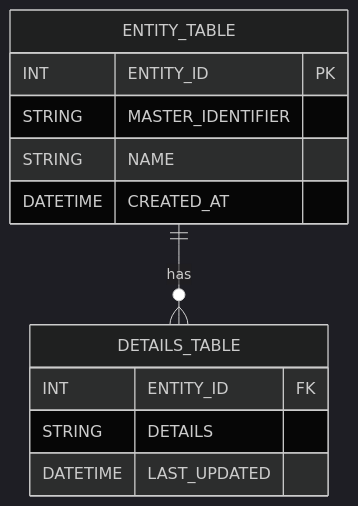
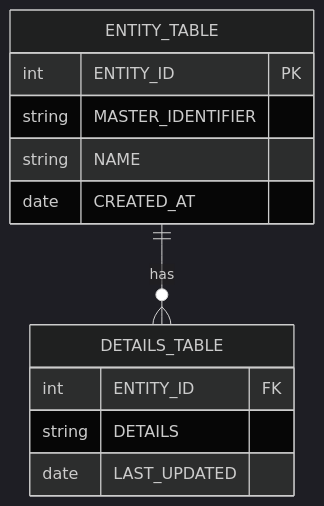
The first of 4 diagrams in _posts/sql/2024-07-07-distributed-db-query-optimization.md (nitinkc/nitinkc.github.io), drawn with Mermaid (dark theme) before and after one commit. The commit also changed other lines of this file and 1 other file, not shown here.

Commit message:
Fix Mermaid diagram in docker-spring-boot: correct subgraph syntax, remove stray node, align with Mermaid v10

````diff
--- a/_posts/sql/2024-07-07-distributed-db-query-optimization.md
+++ b/_posts/sql/2024-07-07-distributed-db-query-optimization.md
@@ -202,17 +202,17 @@
-```mermaid!
+```mermaid
 erDiagram
   ENTITY_TABLE {
-    INT ENTITY_ID PK
-    STRING MASTER_IDENTIFIER
-    STRING NAME
-    DATETIME CREATED_AT
+    int ENTITY_ID PK
+    string MASTER_IDENTIFIER
+    string NAME
+    date CREATED_AT
   }
 
   DETAILS_TABLE {
-    INT ENTITY_ID FK
-    STRING DETAILS
-    DATETIME LAST_UPDATED
+    int ENTITY_ID FK
+    string DETAILS
+    date LAST_UPDATED
   }
 
   ENTITY_TABLE ||--o{ DETAILS_TABLE : has
 ```
````
